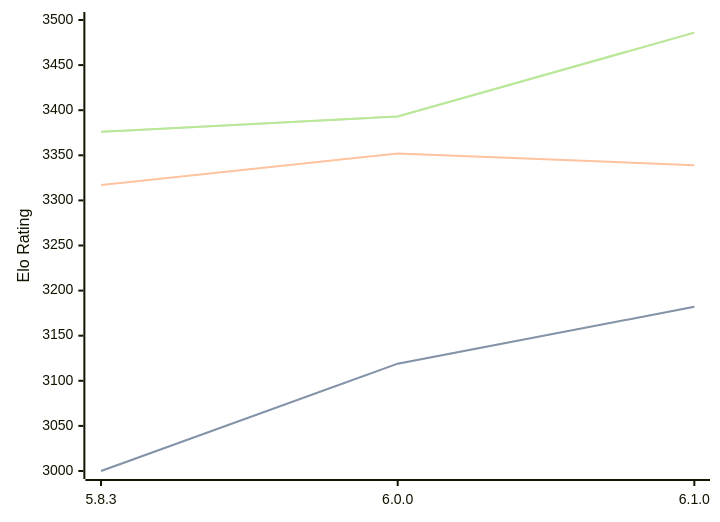
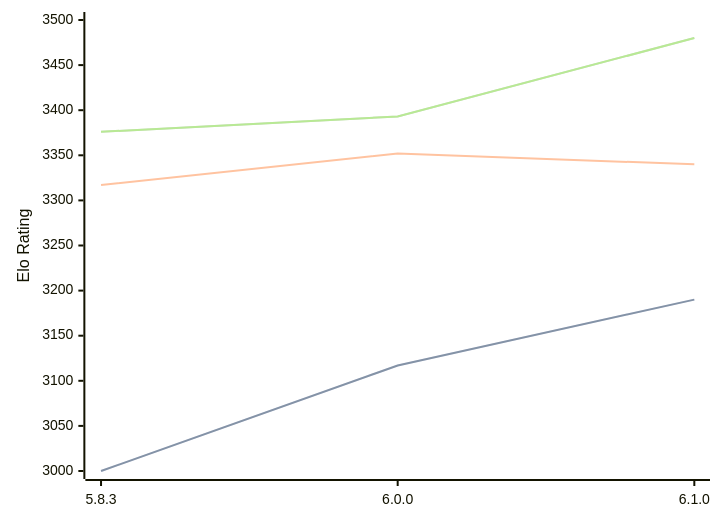
The diagram in engines/Zigqueen.md (computer-chess-index/cci), drawn with Mermaid before and after one commit. The commit also changed other lines of this file, not shown here.

Commit message:
Update CCI Ratings (ELO VLTC) - 2026-09-03

````diff
--- a/engines/Zigqueen.md
+++ b/engines/Zigqueen.md
@@ -36,11 +36,11 @@
 ```mermaid
 %%{init: {"theme":"base","themeVariables":{"seriesColors:['#a3a3a3','#222221','#faa371']}}}%%
 xychart-beta
   x-axis ["5.8.3", "6.0.0", "6.1.0"]
   y-axis "Elo Rating" 3000 --> 3500
-  line "" [3000, 3119, 3182]
-  line "STC (8.0+0.08s)" [3000, 3119, 3182]
-  line "LTC (60.0+0.60s)" [3317, 3352, 3339]
-  line "" [3376, 3393, 3486]
-  line "VLTC (2m24s+1.12s)" [3376, 3393, 3486]
+  line "" [3000, 3117, 3190]
+  line "STC (8.0+0.08s)" [3000, 3117, 3190]
+  line "LTC (60.0+0.60s)" [3317, 3352, 3340]
+  line "" [3376, 3393, 3480]
+  line "VLTC (2m24s+1.12s)" [3376, 3393, 3480]
 ```
````
